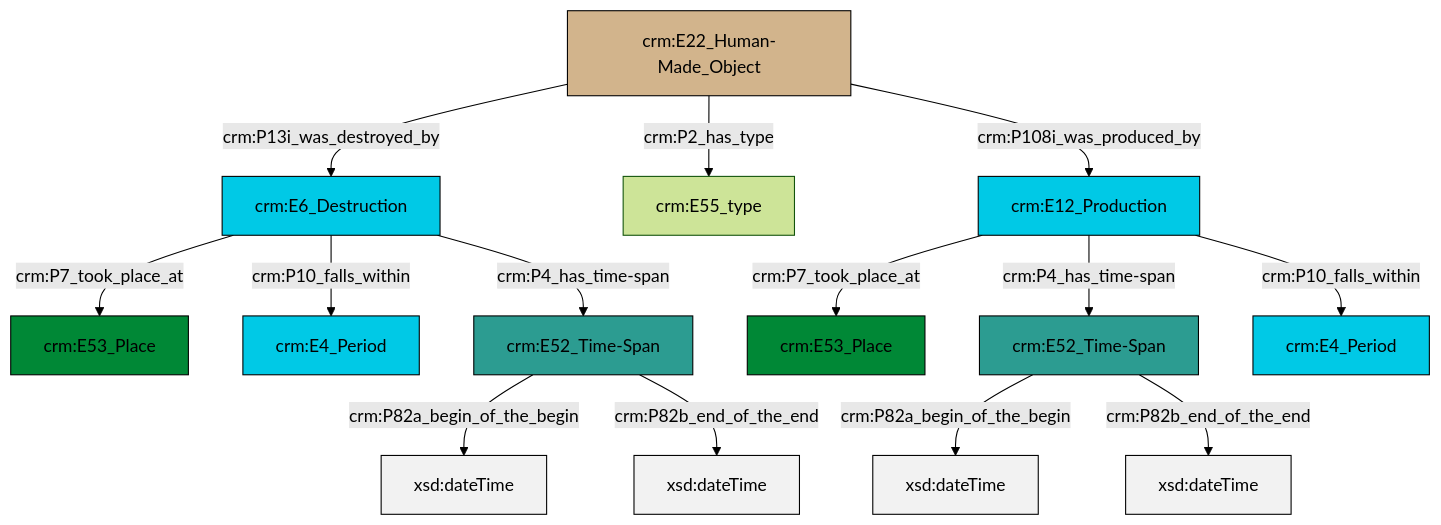
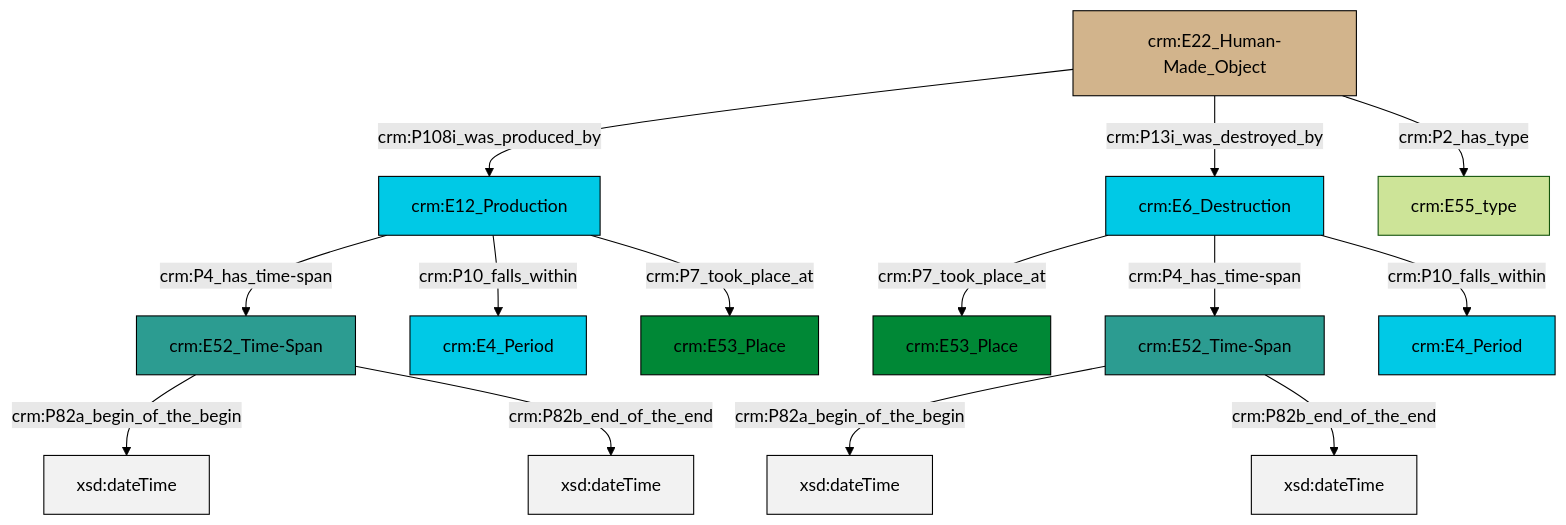
The diagram in et/artworkCSV/ttl/mmd/Artwork_Existence.ttl.mmd (swiss-art-research-net/reference-data-models), drawn with Mermaid (forest theme) before and after one commit. The commit also changed 124 other files, not shown here.

```diff
--- a/et/artworkCSV/ttl/mmd/Artwork_Existence.ttl.mmd
+++ b/et/artworkCSV/ttl/mmd/Artwork_Existence.ttl.mmd
@@ -1,28 +1,28 @@
 graph TD
 classDef Literal fill:#f2f2f2,stroke:#000000;
 classDef CRM_Entity fill:#FFFFFF,stroke:#000000;
 classDef Temporal_Entity fill:#00C9E6, stroke:#000000;
 classDef Type fill:#E18312, stroke:#000000;
 classDef Time-Span fill:#2C9C91, stroke:#000000;
 classDef Appellation fill:#FFEB7F, stroke:#000000;
 classDef Place fill:#008836, stroke:#000000;
 classDef Persistent_Item fill:#B266B2, stroke:#000000;
 classDef Conceptual_Object fill:#FFD700, stroke:#000000;
 classDef Physical_Thing fill:#D2B48C, stroke:#000000;
 classDef Actor fill:#f58aad, stroke:#000000;
 classDef PC_Classes fill:#4ce600, stroke:#000000;
 classDef Multi fill:#cccccc,stroke:#000000;
 
-0["crm:E6_Destruction"]:::Temporal_Entity -->|crm:P7_took_place_at| 1["crm:E53_Place"]:::Place
-6["crm:E22_Human-Made_Object"]:::Physical_Thing -->|crm:P13i_was_destroyed_by| 0["crm:E6_Destruction"]:::Temporal_Entity
-7["crm:E12_Production"]:::Temporal_Entity -->|crm:P7_took_place_at| 2["crm:E53_Place"]:::Place
-9["crm:E52_Time-Span"]:::Time-Span -->|crm:P82a_begin_of_the_begin| 10[xsd:dateTime]:::Literal
-0["crm:E6_Destruction"]:::Temporal_Entity -->|crm:P10_falls_within| 11["crm:E4_Period"]:::Temporal_Entity
-7["crm:E12_Production"]:::Temporal_Entity -->|crm:P4_has_time-span| 9["crm:E52_Time-Span"]:::Time-Span
-9["crm:E52_Time-Span"]:::Time-Span -->|crm:P82b_end_of_the_end| 12[xsd:dateTime]:::Literal
-7["crm:E12_Production"]:::Temporal_Entity -->|crm:P10_falls_within| 14["crm:E4_Period"]:::Temporal_Entity
-4["crm:E52_Time-Span"]:::Time-Span -->|crm:P82a_begin_of_the_begin| 16[xsd:dateTime]:::Literal
-6["crm:E22_Human-Made_Object"]:::Physical_Thing -->|crm:P2_has_type| 20["crm:E55_type"]:::Default
-6["crm:E22_Human-Made_Object"]:::Physical_Thing -->|crm:P108i_was_produced_by| 7["crm:E12_Production"]:::Temporal_Entity
-0["crm:E6_Destruction"]:::Temporal_Entity -->|crm:P4_has_time-span| 4["crm:E52_Time-Span"]:::Time-Span
-4["crm:E52_Time-Span"]:::Time-Span -->|crm:P82b_end_of_the_end| 22[xsd:dateTime]:::Literal
+0["crm:E52_Time-Span"]:::Time-Span -->|crm:P82a_begin_of_the_begin| 1[xsd:dateTime]:::Literal
+6["crm:E12_Production"]:::Temporal_Entity -->|crm:P4_has_time-span| 0["crm:E52_Time-Span"]:::Time-Span
+6["crm:E12_Production"]:::Temporal_Entity -->|crm:P10_falls_within| 10["crm:E4_Period"]:::Temporal_Entity
+11["crm:E22_Human-Made_Object"]:::Physical_Thing -->|crm:P108i_was_produced_by| 6["crm:E12_Production"]:::Temporal_Entity
+11["crm:E22_Human-Made_Object"]:::Physical_Thing -->|crm:P13i_was_destroyed_by| 2["crm:E6_Destruction"]:::Temporal_Entity
+2["crm:E6_Destruction"]:::Temporal_Entity -->|crm:P7_took_place_at| 4["crm:E53_Place"]:::Place
+0["crm:E52_Time-Span"]:::Time-Span -->|crm:P82b_end_of_the_end| 17[xsd:dateTime]:::Literal
+6["crm:E12_Production"]:::Temporal_Entity -->|crm:P7_took_place_at| 12["crm:E53_Place"]:::Place
+11["crm:E22_Human-Made_Object"]:::Physical_Thing -->|crm:P2_has_type| 7["crm:E55_type"]:::Default
+2["crm:E6_Destruction"]:::Temporal_Entity -->|crm:P4_has_time-span| 19["crm:E52_Time-Span"]:::Time-Span
+19["crm:E52_Time-Span"]:::Time-Span -->|crm:P82a_begin_of_the_begin| 22[xsd:dateTime]:::Literal
+2["crm:E6_Destruction"]:::Temporal_Entity -->|crm:P10_falls_within| 14["crm:E4_Period"]:::Temporal_Entity
+19["crm:E52_Time-Span"]:::Time-Span -->|crm:P82b_end_of_the_end| 23[xsd:dateTime]:::Literal
```
